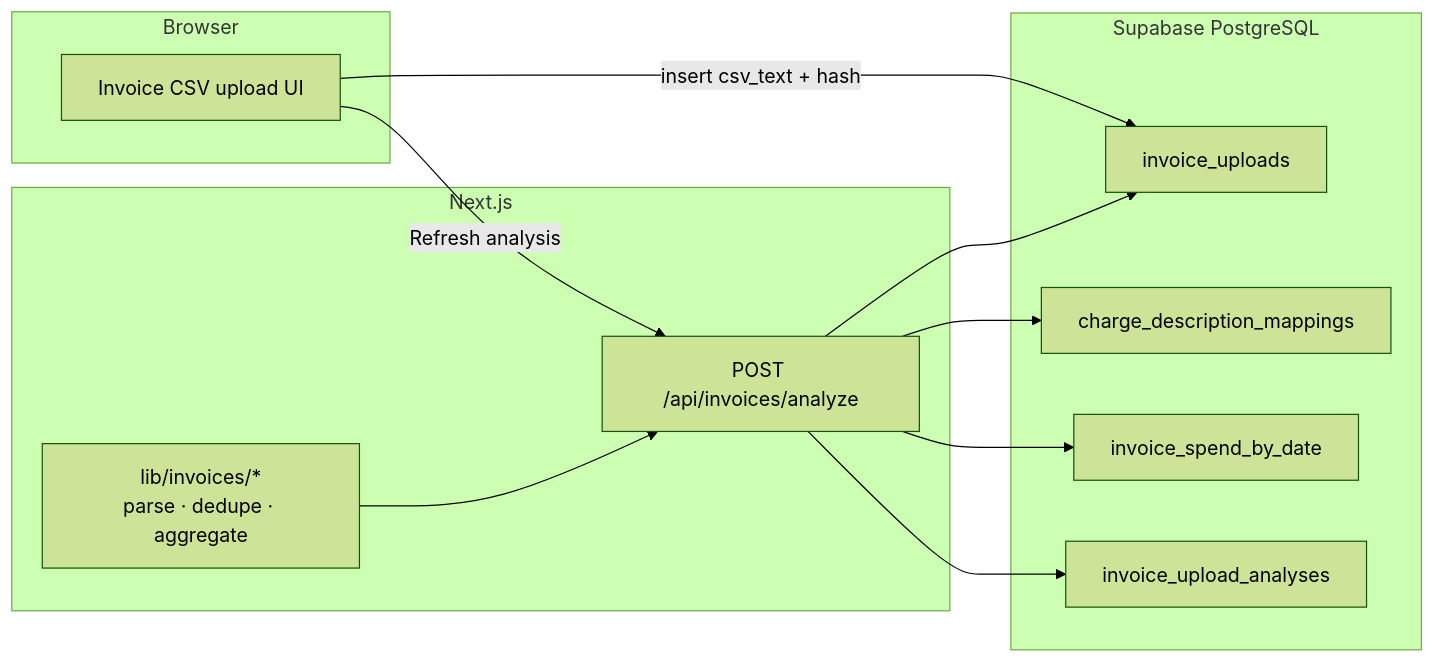
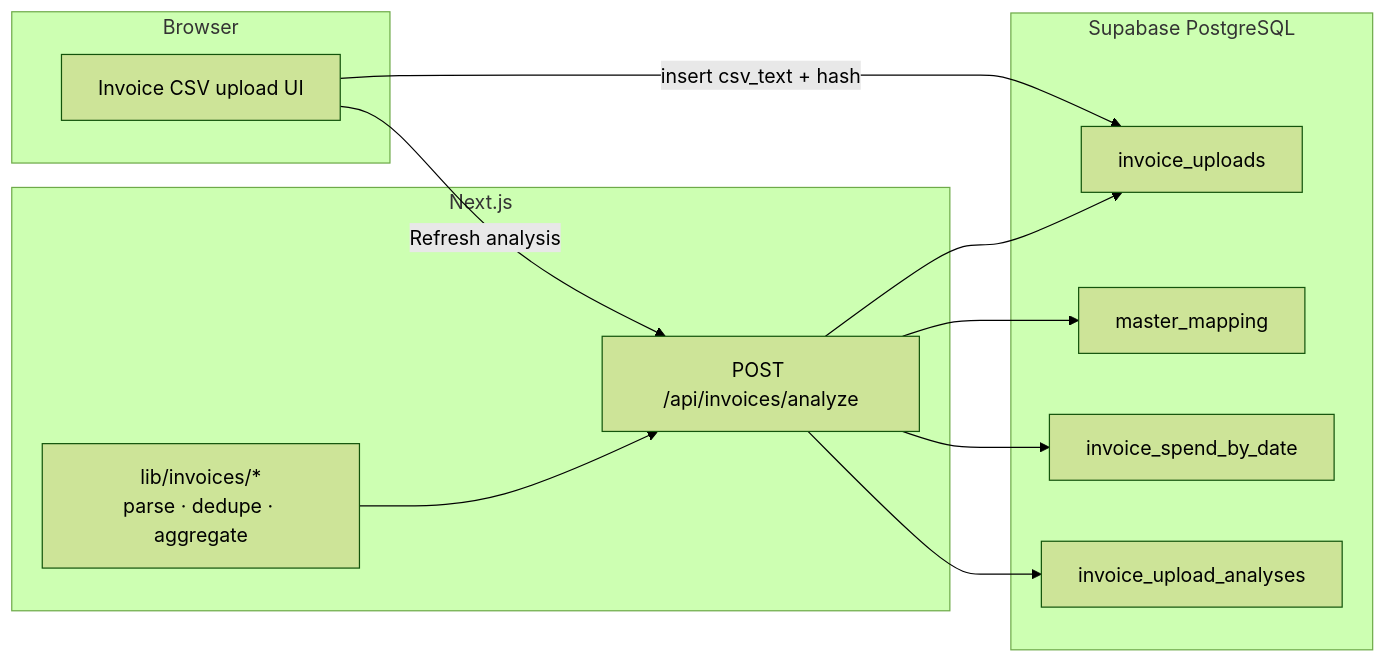
Before and after one commit to jfdelascarreras/logifacts: the diagram in docs/ARCHITECTURE.md, drawn with Mermaid (forest theme). The commit also changed other lines of this file and 4 other files, not shown here.

First line of the commit message:
docs: agent handbook, architecture diagram, and premium analysis spec

````diff
--- a/docs/ARCHITECTURE.md
+++ b/docs/ARCHITECTURE.md
@@ -9,26 +9,26 @@
 ```mermaid
 flowchart LR
   subgraph browser [Browser]
     Upload[Invoice CSV upload UI]
   end
 
   subgraph next [Next.js]
     API[POST /api/invoices/analyze]
     Lib["lib/invoices/*\nparse · dedupe · aggregate"]
   end
 
   subgraph supa [Supabase PostgreSQL]
     Up[invoice_uploads]
-    Map[charge_description_mappings]
+    Map[master_mapping]
     Spend[invoice_spend_by_date]
     Ana[invoice_upload_analyses]
   end
 
   Upload -->|insert csv_text + hash| Up
   Upload -->|Refresh analysis| API
   API --> Up
   API --> Map
   Lib --> API
   API --> Spend
   API --> Ana
 ```
````
